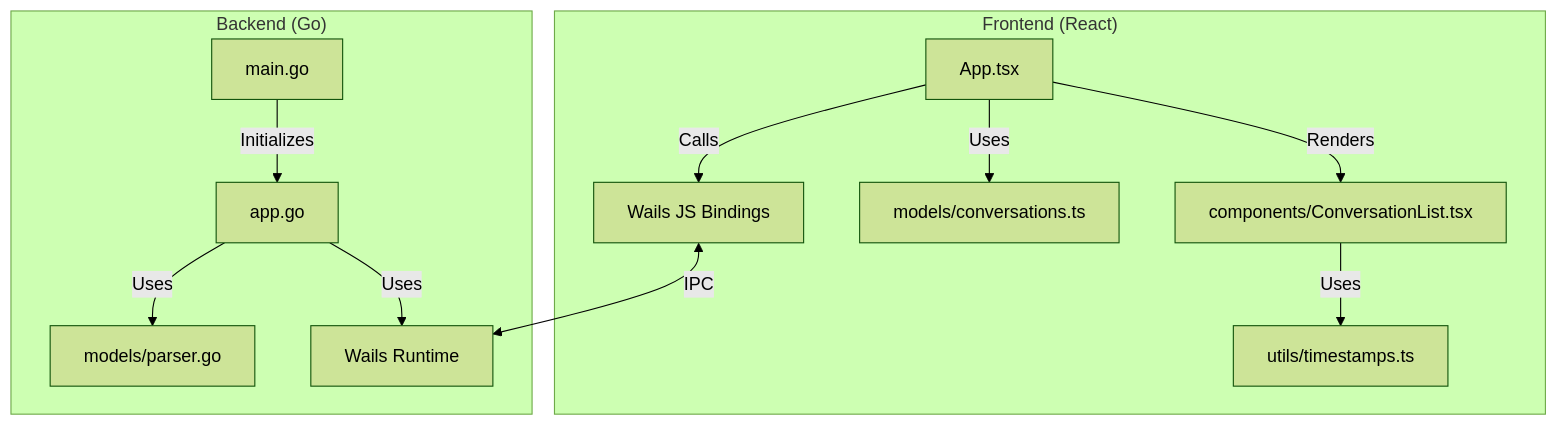
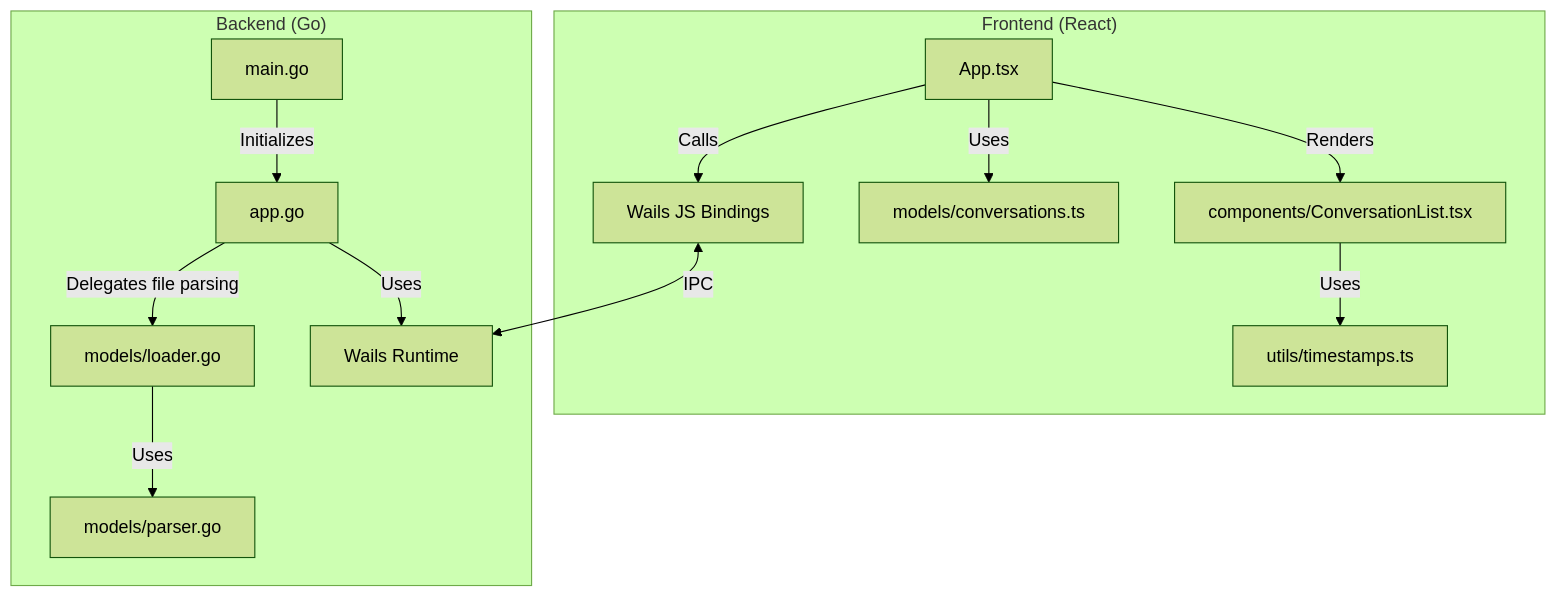
Before and after one commit to johnpfeiffer/chat-explorer: the first of 2 diagrams in docs/architecture.md, drawn with Mermaid (forest theme). The commit also changed other lines of this file and 8 other files, not shown here.

````diff
--- a/docs/architecture.md
+++ b/docs/architecture.md
@@ -30,26 +41,28 @@
 ```mermaid
 graph TD
     subgraph "Frontend (React)"
-        AppC[App.tsx]
-        Bindings[Wails JS Bindings]
-        Logic[models/conversations.ts]
-        CompList[components/ConversationList.tsx]
-        Utils[utils/timestamps.ts]
+        AppC["App.tsx"]
+        Bindings["Wails JS Bindings"]
+        Logic["models/conversations.ts"]
+        CompList["components/ConversationList.tsx"]
+        Utils["utils/timestamps.ts"]
     end
 
     subgraph "Backend (Go)"
-        Main[main.go]
-        AppGo[app.go]
-        Parser[models/parser.go]
-        Runtime[Wails Runtime]
+        Main["main.go"]
+        AppGo["app.go"]
+        Loader["models/loader.go"]
+        Parser["models/parser.go"]
+        Runtime["Wails Runtime"]
     end
 
     AppC -->|Calls| Bindings
     AppC -->|Uses| Logic
     AppC -->|Renders| CompList
     CompList -->|Uses| Utils
     Bindings <-->|IPC| Runtime
     Main -->|Initializes| AppGo
     AppGo -->|Uses| Runtime
-    AppGo -->|Uses| Parser
+    AppGo -->|Delegates file parsing| Loader
+    Loader -->|Uses| Parser
 ```
````
